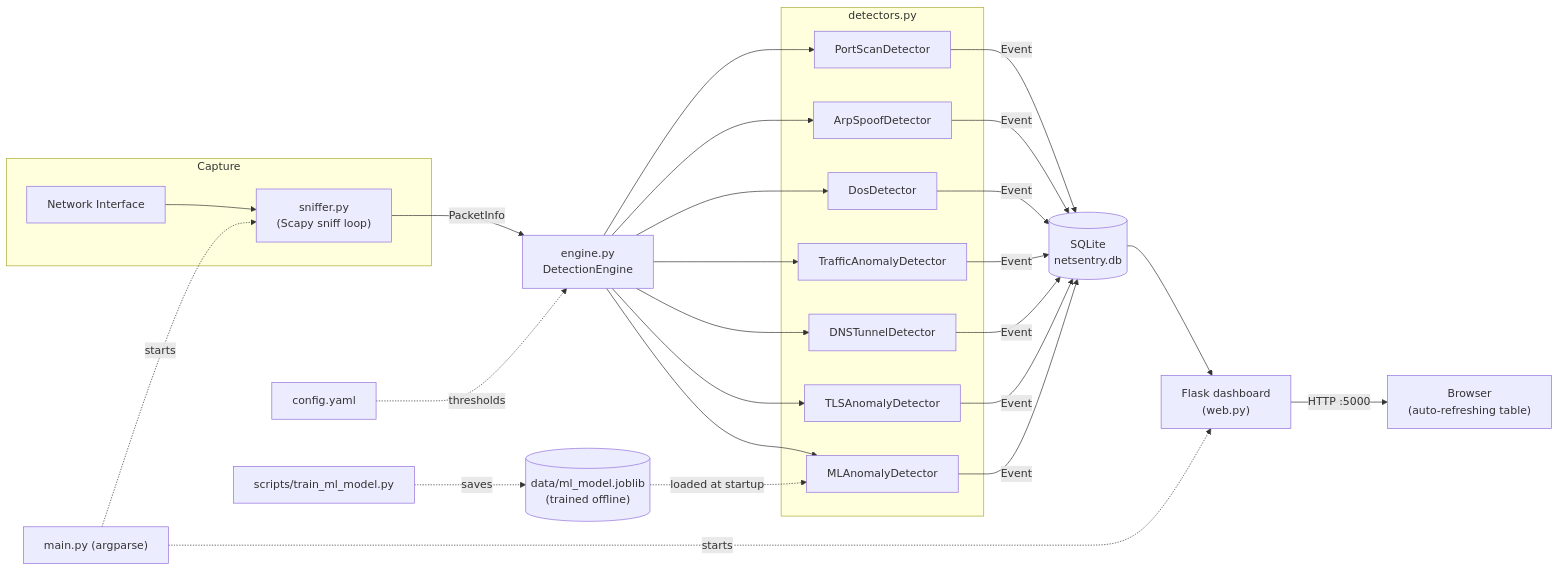
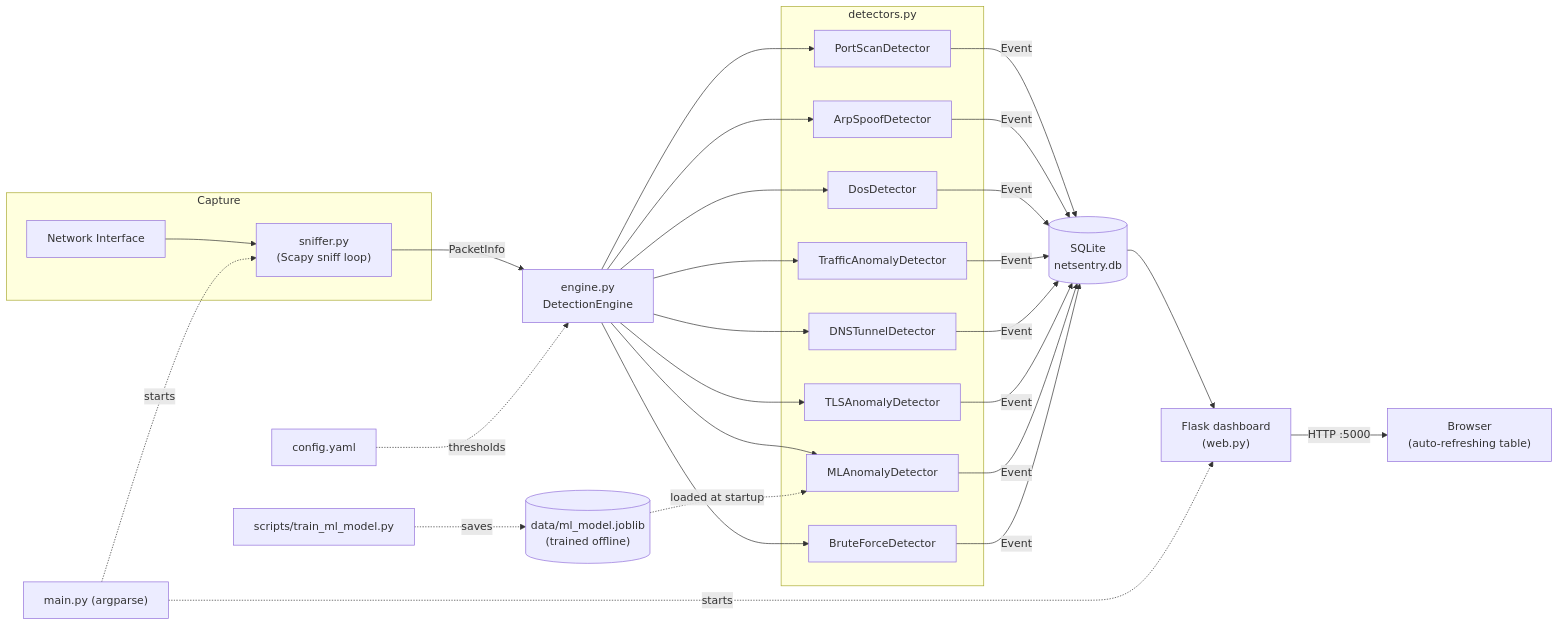
The diagram in README.md (Deipedra34/NetSentry), drawn with Mermaid before and after one commit. The commit also changed other lines of this file and 9 other files, not shown here.

Commit message:
Add brute-force login attempt detection (v2.2.0)

````diff
--- a/README.md
+++ b/README.md
@@ -45,44 +46,47 @@
 ```mermaid
 flowchart LR
     subgraph Capture
         NIC["Network Interface"] --> Sniffer["sniffer.py\n(Scapy sniff loop)"]
     end
 
     Sniffer -->|"PacketInfo"| Engine["engine.py\nDetectionEngine"]
 
     subgraph Detectors["detectors.py"]
         PS["PortScanDetector"]
         ARP["ArpSpoofDetector"]
         DOS["DosDetector"]
         ANOM["TrafficAnomalyDetector"]
         DNS["DNSTunnelDetector"]
         TLS["TLSAnomalyDetector"]
         ML["MLAnomalyDetector"]
+        BF["BruteForceDetector"]
     end
 
     Engine --> PS
     Engine --> ARP
     Engine --> DOS
     Engine --> ANOM
     Engine --> DNS
     Engine --> TLS
     Engine --> ML
+    Engine --> BF
 
     PS -->|"Event"| DB[("SQLite\nnetsentry.db")]
     ARP -->|"Event"| DB
     DOS -->|"Event"| DB
     ANOM -->|"Event"| DB
     DNS -->|"Event"| DB
     TLS -->|"Event"| DB
     ML -->|"Event"| DB
+    BF -->|"Event"| DB
 
     Model[("data/ml_model.joblib\n(trained offline)")] -.loaded at startup.-> ML
     Train["scripts/train_ml_model.py"] -.saves.-> Model
 
     DB --> Web["Flask dashboard\n(web.py)"]
     Web -->|"HTTP :5000"| Browser["Browser\n(auto-refreshing table)"]
 
     Config["config.yaml"] -.thresholds.-> Engine
     CLI["main.py (argparse)"] -.starts.-> Sniffer
     CLI -.starts.-> Web
 ```
````
